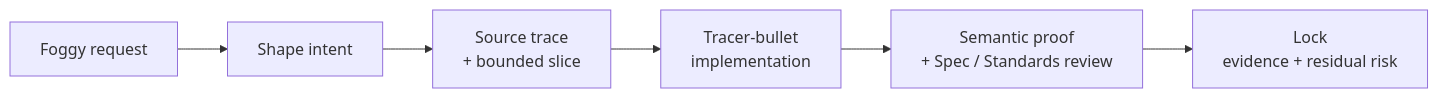
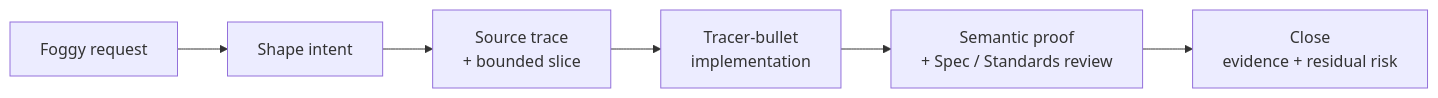
Before and after one commit to stevennitesh/programming-agent-skills: the diagram in README.md, drawn with Mermaid. The commit also changed other lines of this file and 42 other files, not shown here.

````diff
--- a/README.md
+++ b/README.md
@@ -14,8 +14,8 @@
 ```mermaid
 flowchart LR
     A["Foggy request"] --> B["Shape intent"]
     B --> C["Source trace<br/>+ bounded slice"]
     C --> D["Tracer-bullet<br/>implementation"]
     D --> E["Semantic proof<br/>+ Spec / Standards review"]
-    E --> F["Lock<br/>evidence + residual risk"]
+    E --> F["Close<br/>evidence + residual risk"]
 ```
````
